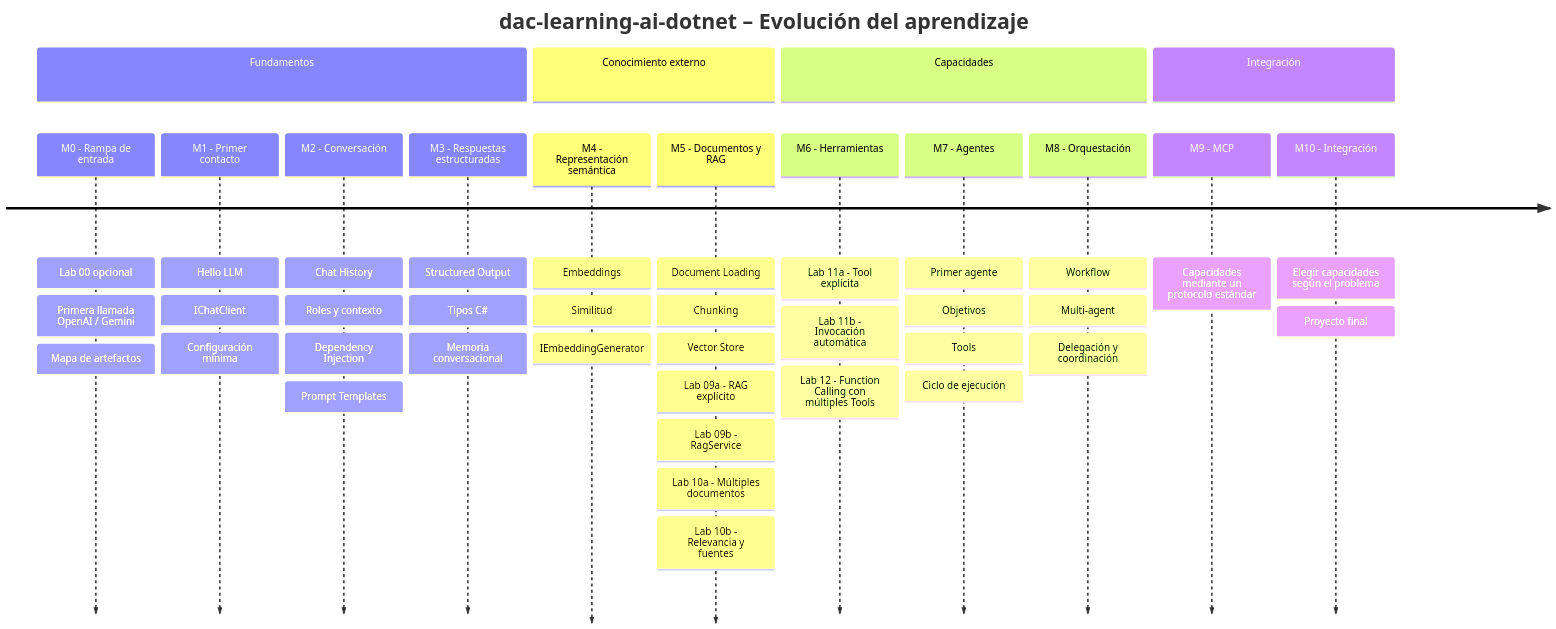
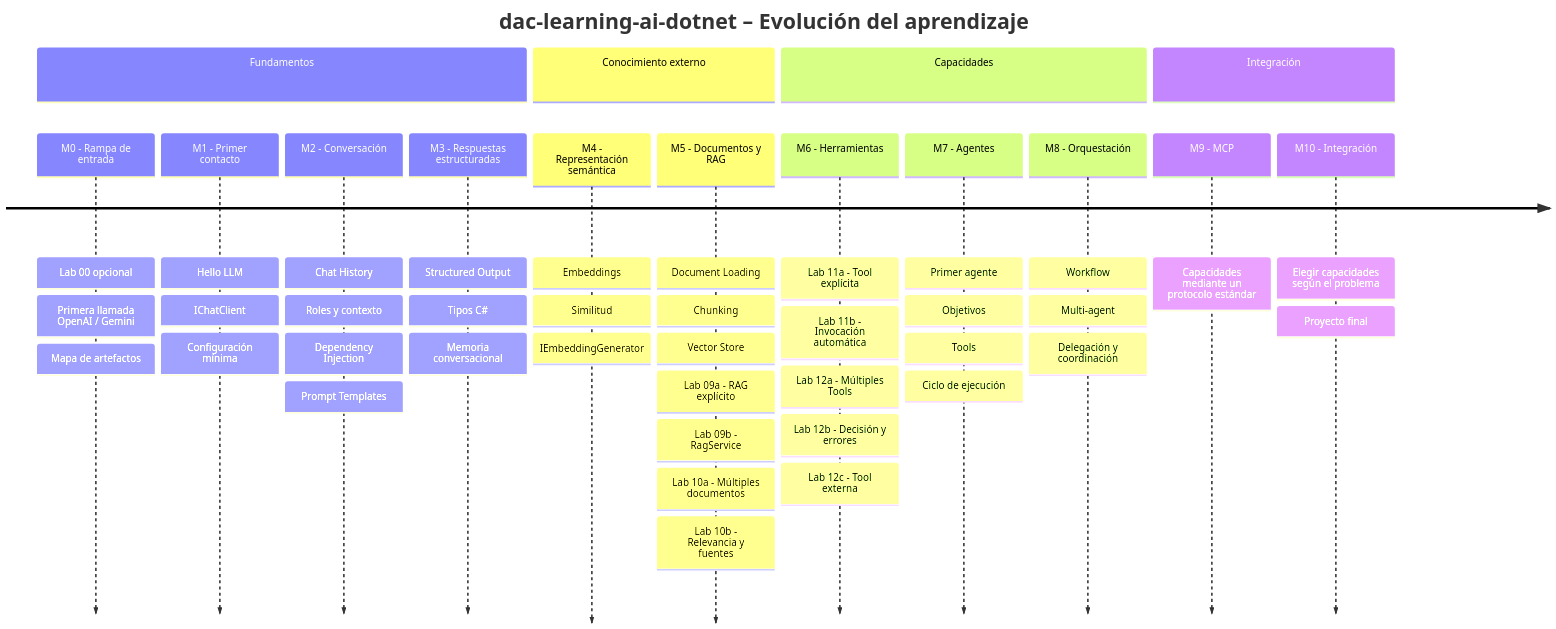
The first of 8 diagrams in ROADMAP.md (danielcalvindeveloper/dac-learning-ai-dotnet), drawn with Mermaid before and after one commit. The commit also changed other lines of this file and 28 other files, not shown here.

Commit message:
Implementa Lab 12 con múltiples Tools, manejo de errores y Tool externa

````diff
--- a/ROADMAP.md
+++ b/ROADMAP.md
@@ -13,48 +13,50 @@
 ```mermaid
 timeline
     title dac-learning-ai-dotnet – Evolución del aprendizaje
 
     section Fundamentos
         M0 - Rampa de entrada : Lab 00 opcional
                               : Primera llamada OpenAI / Gemini
                               : Mapa de artefactos
         M1 - Primer contacto : Hello LLM
                             : IChatClient
                             : Configuración mínima
         M2 - Conversación : Chat History
                           : Roles y contexto
                           : Dependency Injection
                           : Prompt Templates
         M3 - Respuestas estructuradas : Structured Output
                                       : Tipos C#
                                       : Memoria conversacional
 
     section Conocimiento externo
         M4 - Representación semántica : Embeddings
                                       : Similitud
                                       : IEmbeddingGenerator
         M5 - Documentos y RAG : Document Loading
                               : Chunking
                               : Vector Store
                               : Lab 09a - RAG explícito
                               : Lab 09b - RagService
                               : Lab 10a - Múltiples documentos
                               : Lab 10b - Relevancia y fuentes
 
     section Capacidades
         M6 - Herramientas : Lab 11a - Tool explícita
                           : Lab 11b - Invocación automática
-                          : Lab 12 - Function Calling con múltiples Tools
+                          : Lab 12a - Múltiples Tools
+                          : Lab 12b - Decisión y errores
+                          : Lab 12c - Tool externa
         M7 - Agentes : Primer agente
                     : Objetivos
                     : Tools
                     : Ciclo de ejecución
         M8 - Orquestación : Workflow
                           : Multi-agent
                           : Delegación y coordinación
 
     section Integración
         M9 - MCP : Capacidades mediante un protocolo estándar
         M10 - Integración : Elegir capacidades según el problema
                           : Proyecto final
 ```
````
